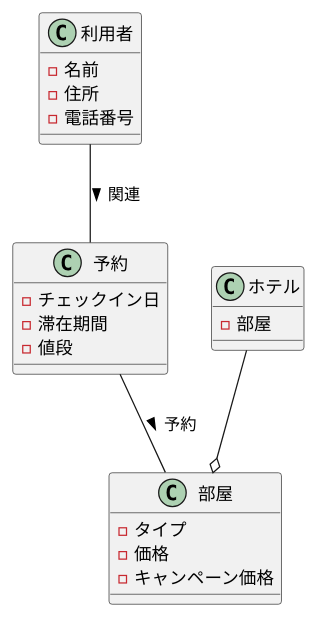
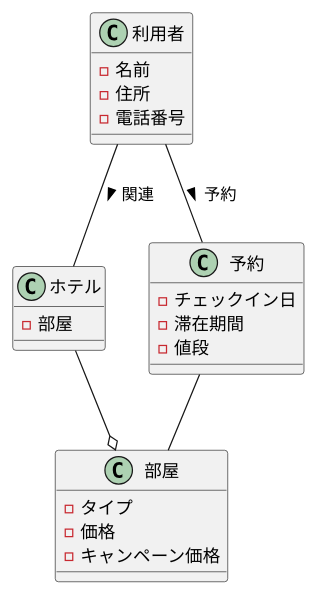
One commit to kuboi0627/unl-introduction changed the diagram in 演習3-3_CL_ホテルと利用者と部屋と予約.pu. Above: the diagram before and after it, drawn with PlantUML.

Commit message:
演習３－3

```diff
--- a/演習3-3_CL_ホテルと利用者と部屋と予約.pu
+++ b/演習3-3_CL_ホテルと利用者と部屋と予約.pu
@@ -1,27 +1,28 @@
 @startuml
 class 利用者{
     - 名前
     - 住所
     - 電話番号
 }
 
 class ホテル{
     - 部屋
 }
 
 class 部屋{
     - タイプ
     - 価格
     - キャンペーン価格
 }
 
 class 予約{
     - チェックイン日
     - 滞在期間
     - 値段
 }
 
-利用者 -- 予約:関連 >
+利用者 -- ホテル:関連 >
 ホテル --o 部屋
-予約 -- 部屋:予約 >
+予約 -- 部屋
+利用者 -- 予約:予約 >
 @enduml
```
